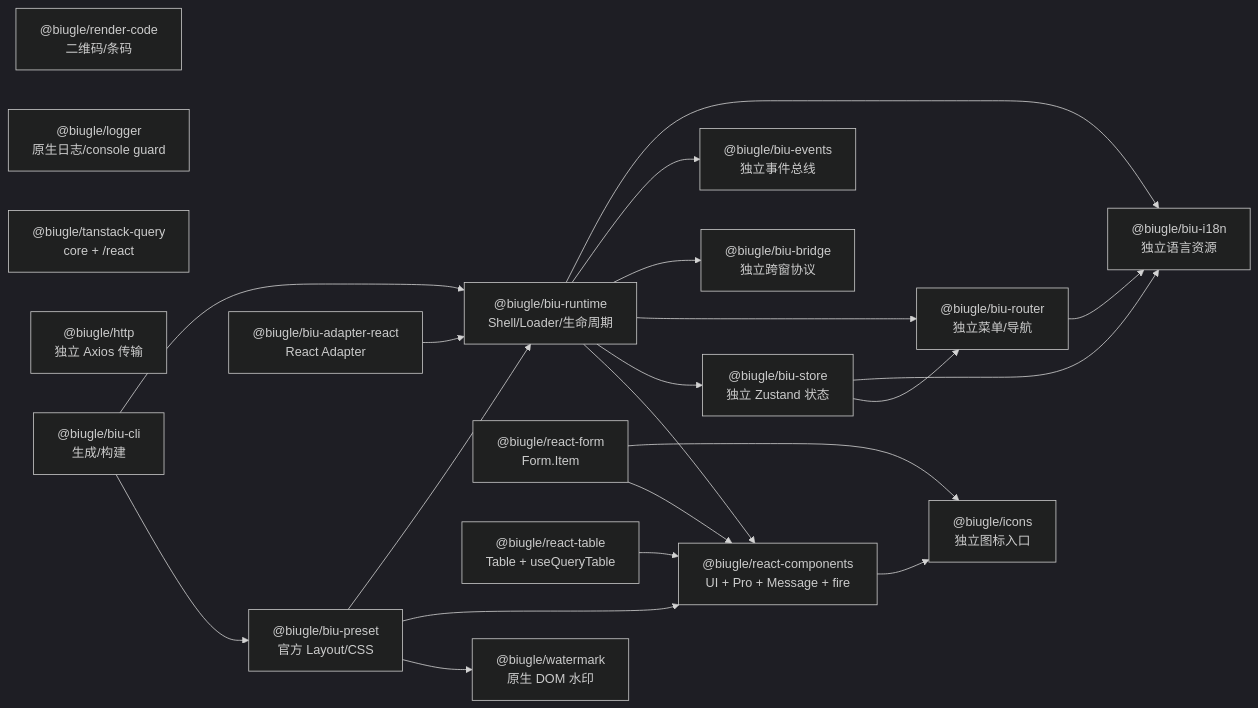
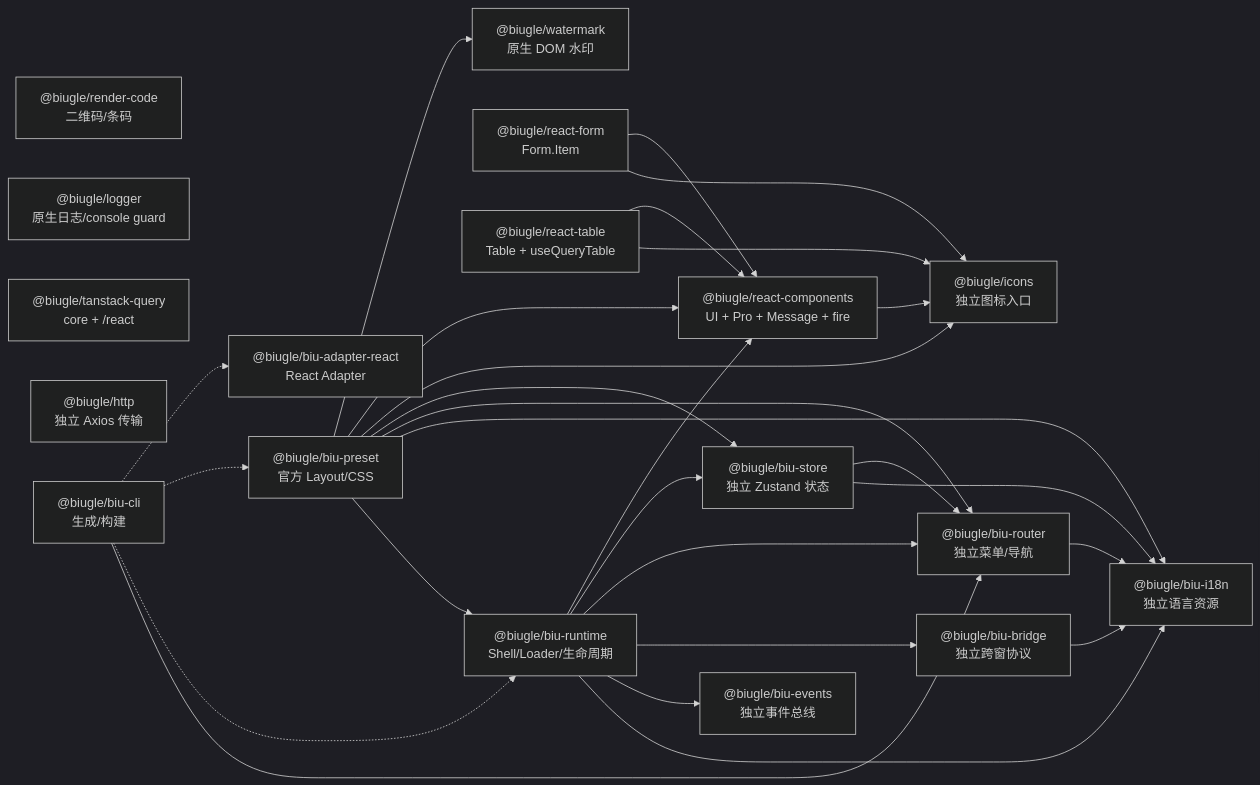
Before and after one commit to biugle/biu: the diagram in docs/package-graph.md, drawn with Mermaid (dark theme). The commit also changed other lines of this file and 263 other files, not shown here.

````diff
--- a/docs/package-graph.md
+++ b/docs/package-graph.md
@@ -5,41 +7,48 @@
 ```mermaid
 flowchart LR
   icons["@biugle/icons\n独立图标入口"]
   render["@biugle/render-code\n二维码/条码"]
   watermark["@biugle/watermark\n原生 DOM 水印"]
   logger["@biugle/logger\n原生日志/console guard"]
   i18n["@biugle/biu-i18n\n独立语言资源"]
   events["@biugle/biu-events\n独立事件总线"]
   bridge["@biugle/biu-bridge\n独立跨窗协议"]
   router["@biugle/biu-router\n独立菜单/导航"]
   store["@biugle/biu-store\n独立 Zustand 状态"]
   components["@biugle/react-components\nUI + Pro + Message + fire"]
   form["@biugle/react-form\nForm.Item"]
   table["@biugle/react-table\nTable + useQueryTable"]
   query["@biugle/tanstack-query\ncore + /react"]
   http["@biugle/http\n独立 Axios 传输"]
   runtime["@biugle/biu-runtime\nShell/Loader/生命周期"]
   preset["@biugle/biu-preset\n官方 Layout/CSS"]
   adapter["@biugle/biu-adapter-react\nReact Adapter"]
   cli["@biugle/biu-cli\n生成/构建"]
 
   components --> icons
   form --> icons
   form --> components
+  table --> icons
   table --> components
+  bridge --> i18n
   router --> i18n
   store --> i18n
   store --> router
   runtime --> i18n
   runtime --> events
   runtime --> bridge
   runtime --> router
   runtime --> store
   runtime --> components
   preset --> runtime
+  preset --> i18n
+  preset --> router
+  preset --> store
+  preset --> icons
   preset --> components
   preset --> watermark
-  adapter --> runtime
-  cli --> runtime
-  cli --> preset
+  cli --> router
+  cli -.-> runtime
+  cli -.-> preset
+  cli -.-> adapter
 ```
````
